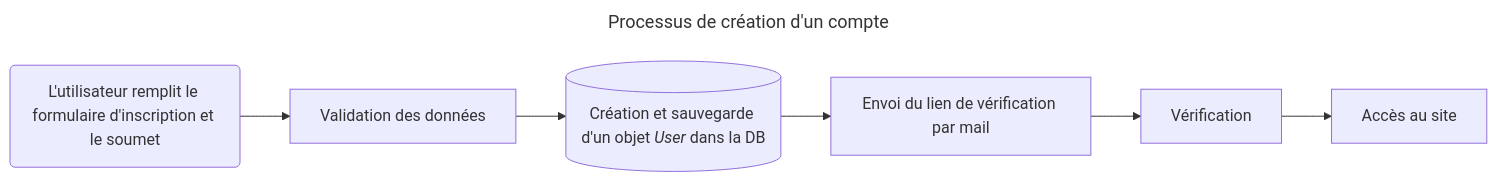
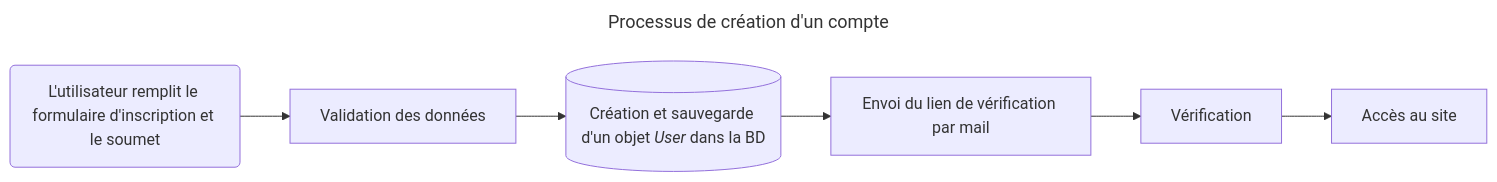
The third of 4 diagrams in rapport.md (Zbebz/caverne-dAli-baba), drawn with Mermaid before and after one commit. The commit also changed other lines of this file, not shown here.

Commit message:
(rapport) Methodolgie chapter, Choix des technologies Removed Tech Stack and MVPs section

````diff
--- a/rapport.md
+++ b/rapport.md
@@ -202,7 +186,7 @@
 ```mermaid
 ---
 title: Processus de création d'un compte
 ---
 flowchart LR
-id1("`L'utilisateur remplit le formulaire d'inscription et le soumet`")-->id2[Validation des données]-->id3[("`Création et sauvegarde d'un objet *User* dans la DB`")]-->id4["`Envoi du lien de vérification par mail`" ]-->id5["`Vérification`" ]-->id6["`Accès au site`" ]
+id1("`L'utilisateur remplit le formulaire d'inscription et le soumet`")-->id2[Validation des données]-->id3[("`Création et sauvegarde d'un objet *User* dans la BD`")]-->id4["`Envoi du lien de vérification par mail`" ]-->id5["`Vérification`" ]-->id6["`Accès au site`" ]
 ```
````
